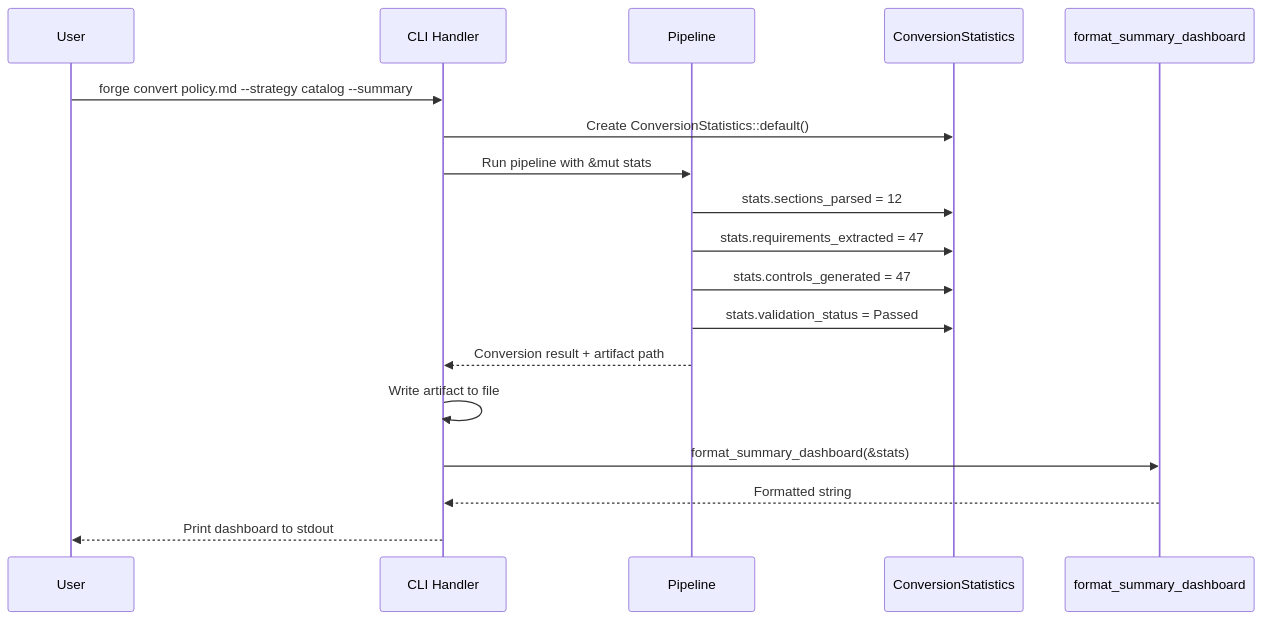
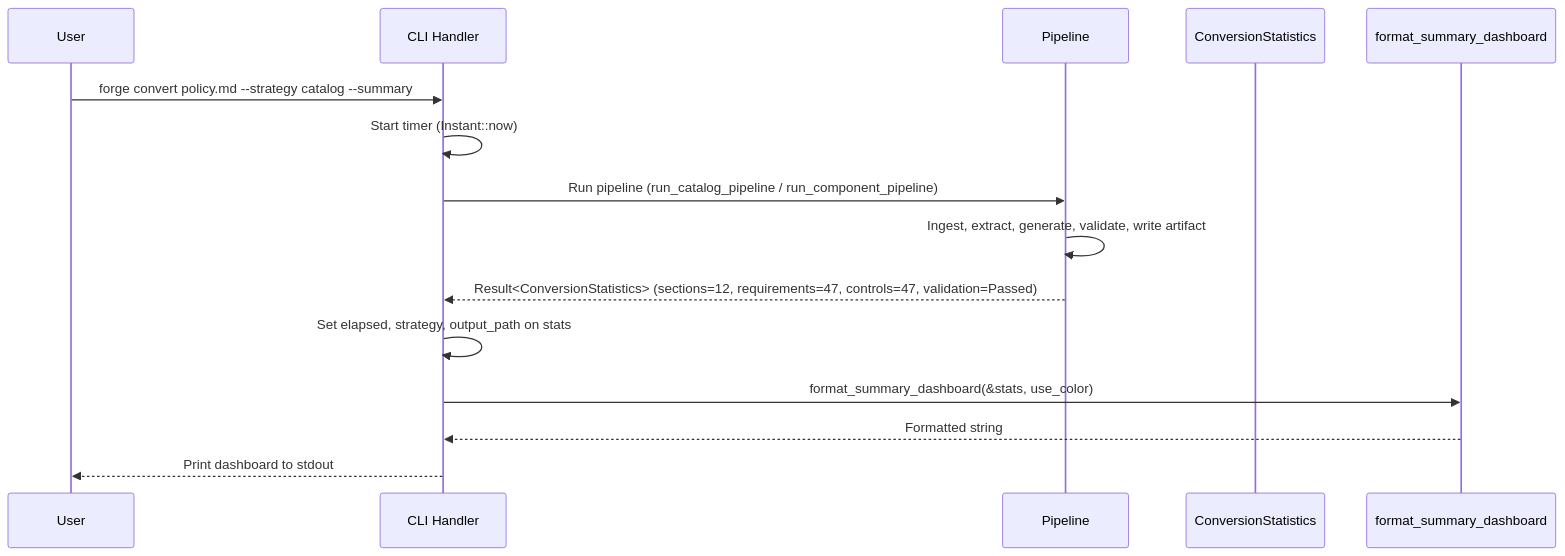
Before and after one commit to policy-forge/forge: the sixth of 6 diagrams in docs/AR/044-ar-summary-dashboard.md, drawn with Mermaid. The commit also changed other lines of this file and 21 other files, not shown here.

First line of the commit message:
feat: add --summary dashboard to convert subcommand

````diff
--- a/docs/AR/044-ar-summary-dashboard.md
+++ b/docs/AR/044-ar-summary-dashboard.md
@@ -295,21 +295,18 @@
 ```mermaid
 sequenceDiagram
     participant U as User
     participant CLI as CLI Handler
     participant P as Pipeline
     participant S as ConversionStatistics
     participant F as format_summary_dashboard
 
     U->>CLI: forge convert policy.md --strategy catalog --summary
-    CLI->>S: Create ConversionStatistics::default()
-    CLI->>P: Run pipeline with &mut stats
-    P->>S: stats.sections_parsed = 12
-    P->>S: stats.requirements_extracted = 47
-    P->>S: stats.controls_generated = 47
-    P->>S: stats.validation_status = Passed
-    P-->>CLI: Conversion result + artifact path
-    CLI->>CLI: Write artifact to file
-    CLI->>F: format_summary_dashboard(&stats)
+    CLI->>CLI: Start timer (Instant::now)
+    CLI->>P: Run pipeline (run_catalog_pipeline / run_component_pipeline)
+    P->>P: Ingest, extract, generate, validate, write artifact
+    P-->>CLI: Result<ConversionStatistics> (sections=12, requirements=47, controls=47, validation=Passed)
+    CLI->>CLI: Set elapsed, strategy, output_path on stats
+    CLI->>F: format_summary_dashboard(&stats, use_color)
     F-->>CLI: Formatted string
     CLI-->>U: Print dashboard to stdout
 ```
````
